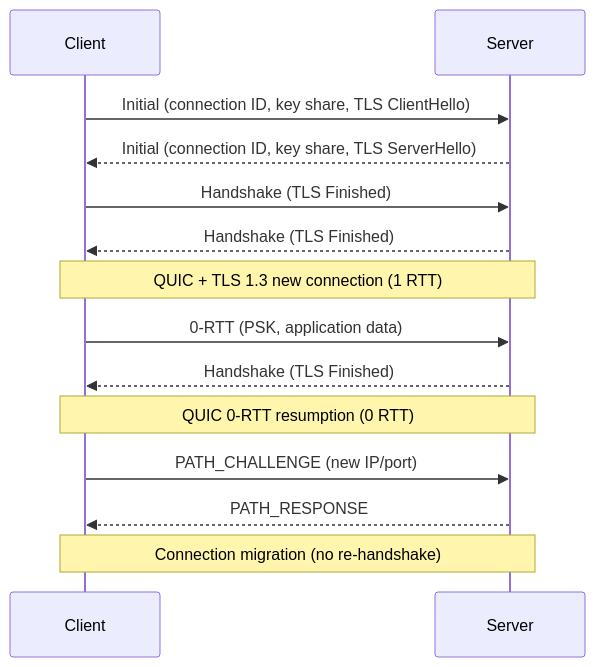
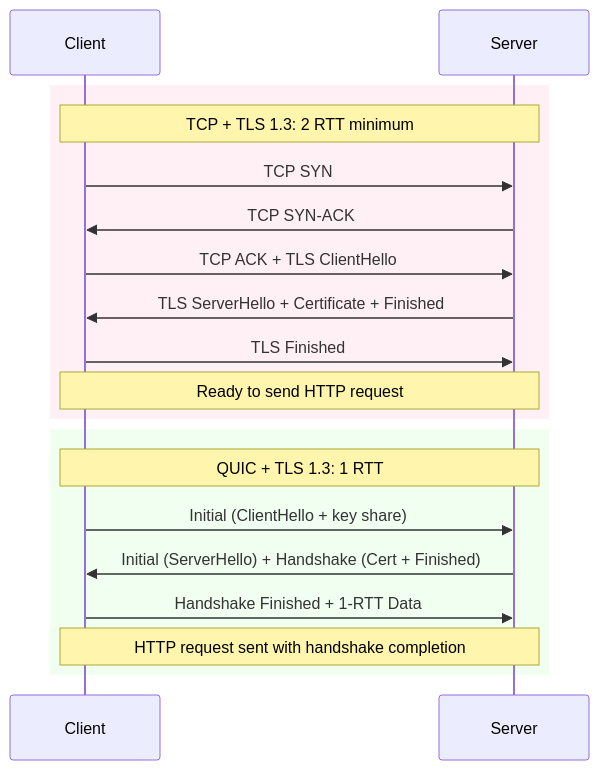
The fifth of 8 diagrams in v4/content/articles/web-foundations/networking-protocols/http3-quic-and-tls/README.md (sujeet-pro/legacy-personal-site), drawn with Mermaid before and after one commit. The commit also changed other lines of this file and 115 other files, not shown here.

````diff
--- a/v4/content/articles/web-foundations/networking-protocols/http3-quic-and-tls/README.md
+++ b/v4/content/articles/web-foundations/networking-protocols/http3-quic-and-tls/README.md
@@ -108,22 +207,23 @@
 ```mermaid
 sequenceDiagram
     participant C as Client
     participant S as Server
 
-    %% QUIC 1-RTT New Connection %%
-    C->>S: Initial (connection ID, key share, TLS ClientHello)
-    S-->>C: Initial (connection ID, key share, TLS ServerHello)
-    C->>S: Handshake (TLS Finished)
-    S-->>C: Handshake (TLS Finished)
-    Note over C,S: QUIC + TLS 1.3 new connection (1 RTT)
+    rect rgb(255, 240, 245)
+    Note over C,S: TCP + TLS 1.3: 2 RTT minimum
+    C->>S: TCP SYN
+    S->>C: TCP SYN-ACK
+    C->>S: TCP ACK + TLS ClientHello
+    S->>C: TLS ServerHello + Certificate + Finished
+    C->>S: TLS Finished
+    Note over C,S: Ready to send HTTP request
+    end
 
-    %% QUIC 0-RTT Resumption %%
-    C->>S: 0-RTT (PSK, application data)
-    S-->>C: Handshake (TLS Finished)
-    Note over C,S: QUIC 0-RTT resumption (0 RTT)
-
-    %% QUIC Connection Migration %%
-    C->>S: PATH_CHALLENGE (new IP/port)
-    S-->>C: PATH_RESPONSE
-    Note over C,S: Connection migration (no re-handshake)
+    rect rgb(240, 255, 240)
+    Note over C,S: QUIC + TLS 1.3: 1 RTT
+    C->>S: Initial (ClientHello + key share)
+    S->>C: Initial (ServerHello) + Handshake (Cert + Finished)
+    C->>S: Handshake Finished + 1-RTT Data
+    Note over C,S: HTTP request sent with handshake completion
+    end
 ```
````
